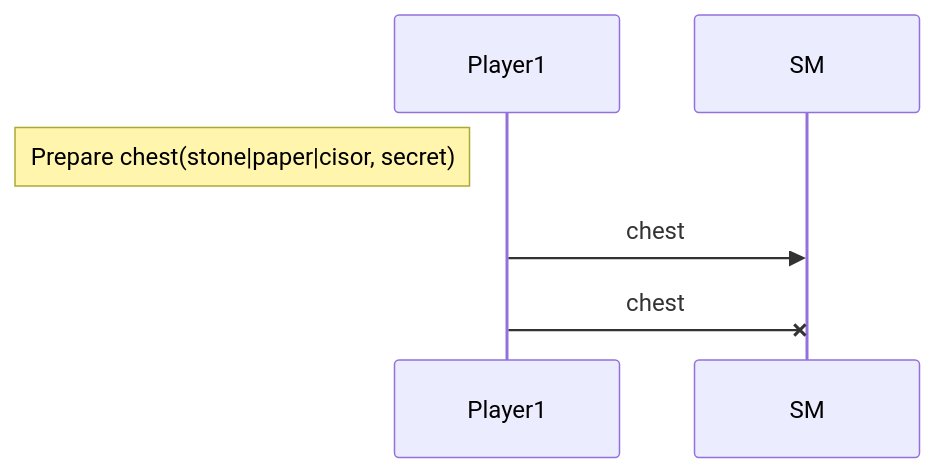
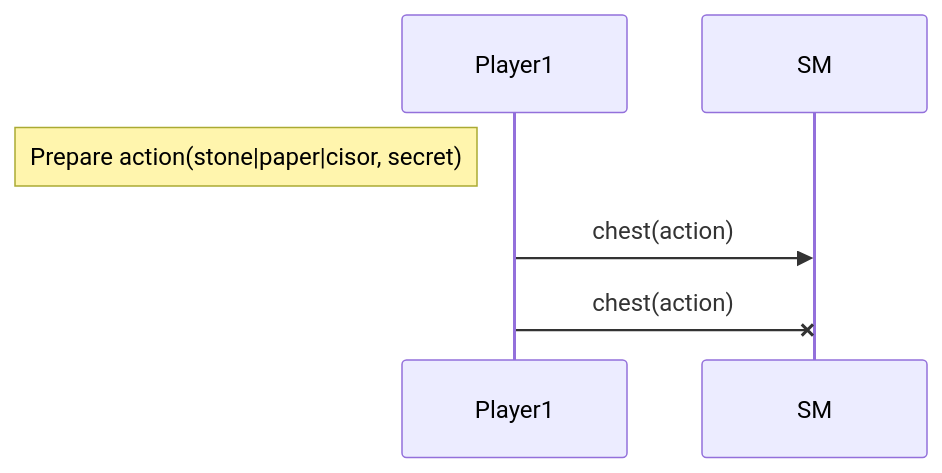
Before and after one commit to ligolang/jsligo-training-dapp-shifumi: the fifth of 6 diagrams in README.md, drawn with Mermaid. The commit also changed other lines of this file, not shown here.

````diff
--- a/README.md
+++ b/README.md
@@ -179,8 +179,8 @@
 ```mermaid
 sequenceDiagram
   participant Player1
   participant SM
-  Note left of Player1: Prepare chest(stone|paper|cisor, secret)
-  Player1->>SM: chest
-  Player1-xSM: chest
+  Note left of Player1: Prepare action(stone|paper|cisor, secret)
+  Player1->>SM: chest(action)
+  Player1-xSM: chest(action)
 ```
````
